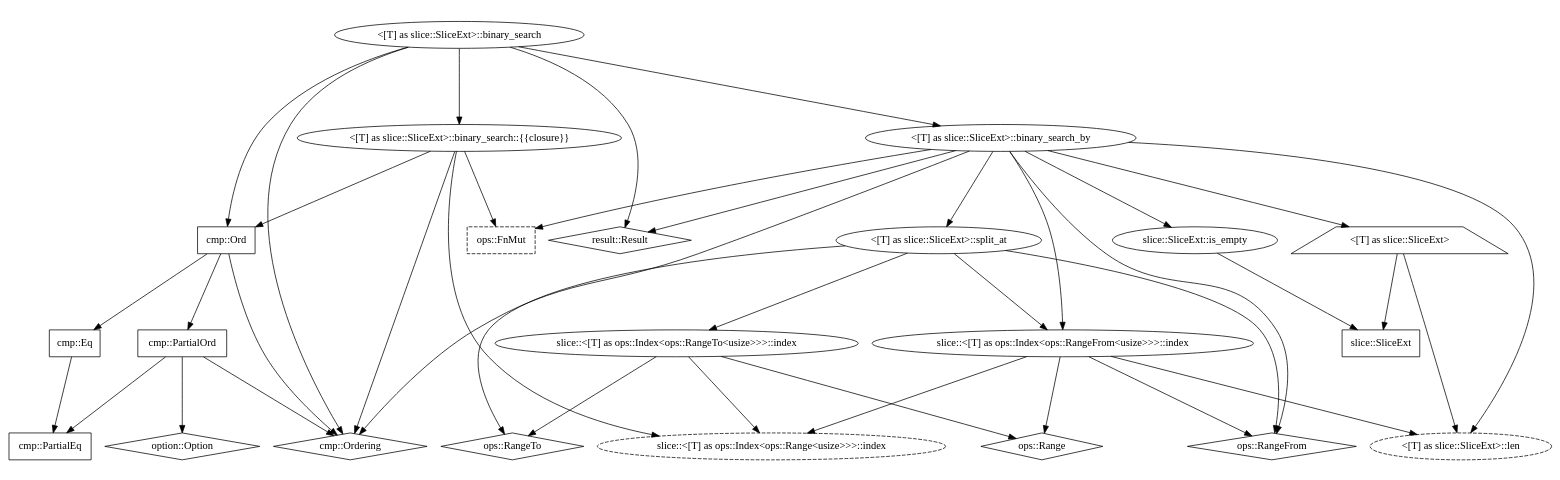
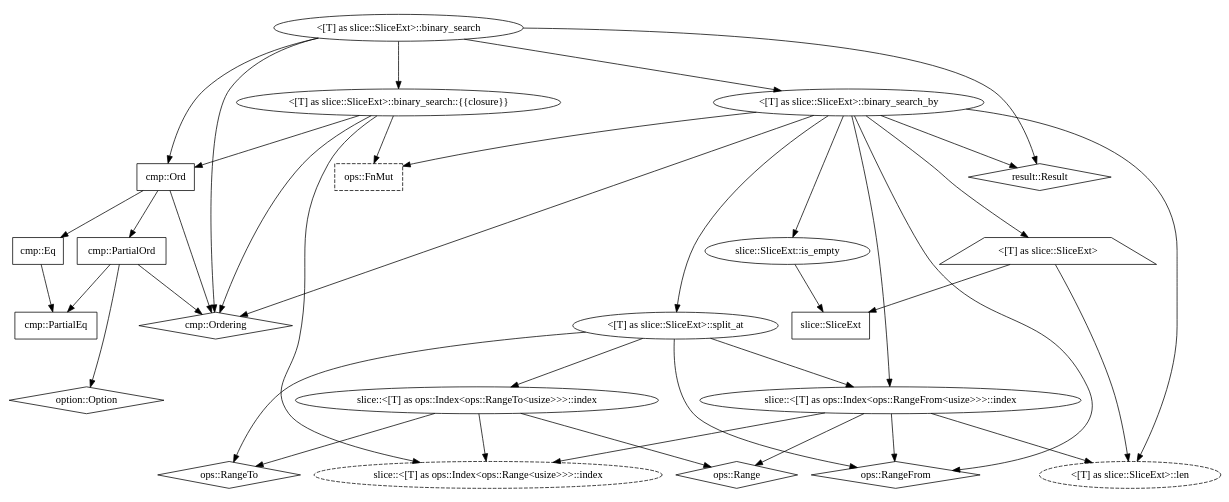
Before and after one commit to Kha/masters-thesis: the diagram in deps.dot, drawn with Graphviz. The commit also changed 9 other files, not shown here.

```diff
--- a/deps.dot
+++ b/deps.dot
@@ -1,65 +1,71 @@
 digraph {
-    graph [ratio=0.3];
+    graph [ratio=0.4];
     node [fontname="Source Code Pro"];
     0 [label="<[T] as slice::SliceExt>::binary_search"]
     1 [label="<[T] as slice::SliceExt>::binary_search::{{closure}}"]
     2 [label="cmp::Ordering",shape=diamond]
     3 [label="<[T] as slice::SliceExt>::binary_search_by"]
     4 [label="cmp::Ord",shape=box]
     5 [label="result::Result",shape=diamond]
     6 [label="cmp::Eq",shape=box]
     7 [label="cmp::PartialOrd",shape=box]
     8 [label="cmp::PartialEq",shape=box]
     9 [label="option::Option",shape=diamond]
     10 [label="<[T] as slice::SliceExt>::len",style=dashed]
     11 [label="<[T] as slice::SliceExt>::split_at"]
     12 [label="<[T] as slice::SliceExt>",shape=trapezium]
     13 [label="slice::SliceExt::is_empty"]
     15 [label="ops::FnMut",shape=box,style=dashed]
     18 [label="ops::RangeFrom",shape=diamond]
     19 [label="slice::<[T] as ops::Index<ops::RangeFrom<usize>>>::index"]
     23 [label="slice::SliceExt",shape=box]
     25 [label="ops::RangeTo",shape=diamond]
     26 [label="slice::<[T] as ops::Index<ops::RangeTo<usize>>>::index"]
     27 [label="ops::Range",shape=diamond]
     28 [label="slice::<[T] as ops::Index<ops::Range<usize>>>::index",style=dashed]
+    edge [style=invis];
+    5->12
+    23->19
+    23->26
+    8->9
+    edge [style=solid];
     0 -> 1
     0 -> 2
     0 -> 3
     0 -> 4
     0 -> 5
     4 -> 6
     4 -> 7
     4 -> 2
     6 -> 8
     7 -> 8
     7 -> 9
     7 -> 2
     3-> 10 
     3-> 11 
     3-> 12
     3-> 13 
     3-> 15 
     3-> 18 
     3-> 19 
     3-> 5 
     3-> 2 
     13-> 23 
     12-> 23 
     12-> 10 
     11-> 25 
     11-> 26 
     11-> 18 
     11-> 19 
     26-> 25 
     26-> 27 
     26-> 28 
     19-> 18 
     19-> 27 
     19-> 10 
     19-> 28 
     1-> 4 
     1-> 28 
     1-> 15 
     1-> 2 
 }
```
